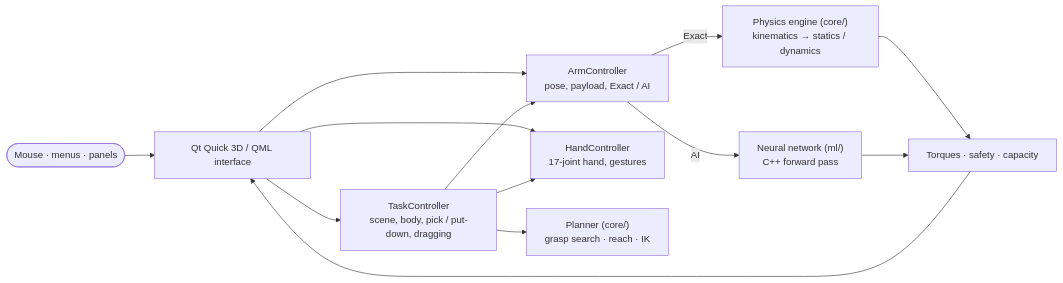
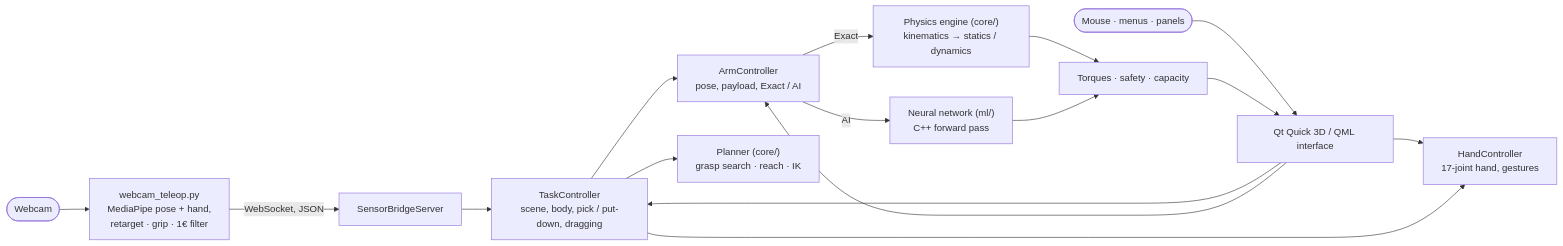
The second of 2 diagrams in README.md (HSley13/robot-arm-analyzer), drawn with Mermaid before and after one commit. The commit also changed other lines of this file, not shown here.

First line of the commit message:
README: webcam control

````diff
--- a/README.md
+++ b/README.md
@@ -137,15 +150,18 @@
 ```mermaid
 flowchart LR
+    CAM(["Webcam"]) --> MP["webcam_teleop.py<br/>MediaPipe pose + hand,<br/>retarget · grip · 1€ filter"]
+    MP -->|"WebSocket, JSON"| BR["SensorBridgeServer"]
+    BR --> TC
     U(["Mouse · menus · panels"]) --> UI["Qt Quick 3D / QML interface"]
     UI --> TC["TaskController<br/>scene, body, pick / put-down, dragging"]
     UI --> AC["ArmController<br/>pose, payload, Exact / AI"]
     UI --> HC["HandController<br/>17-joint hand, gestures"]
     TC --> PLAN["Planner (core/)<br/>grasp search · reach · IK"]
     TC --> AC
     TC --> HC
     AC -->|Exact| PHYS["Physics engine (core/)<br/>kinematics → statics / dynamics"]
     AC -->|AI| NN["Neural network (ml/)<br/>C++ forward pass"]
     PHYS --> RES["Torques · safety · capacity"]
     NN --> RES
     RES --> UI
 ```
````
